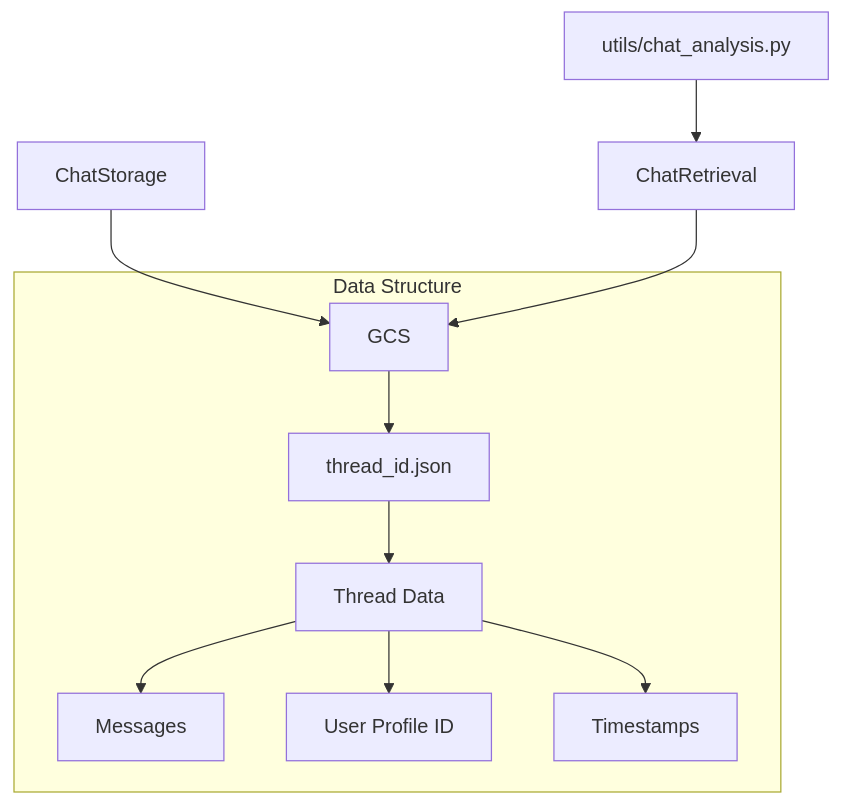
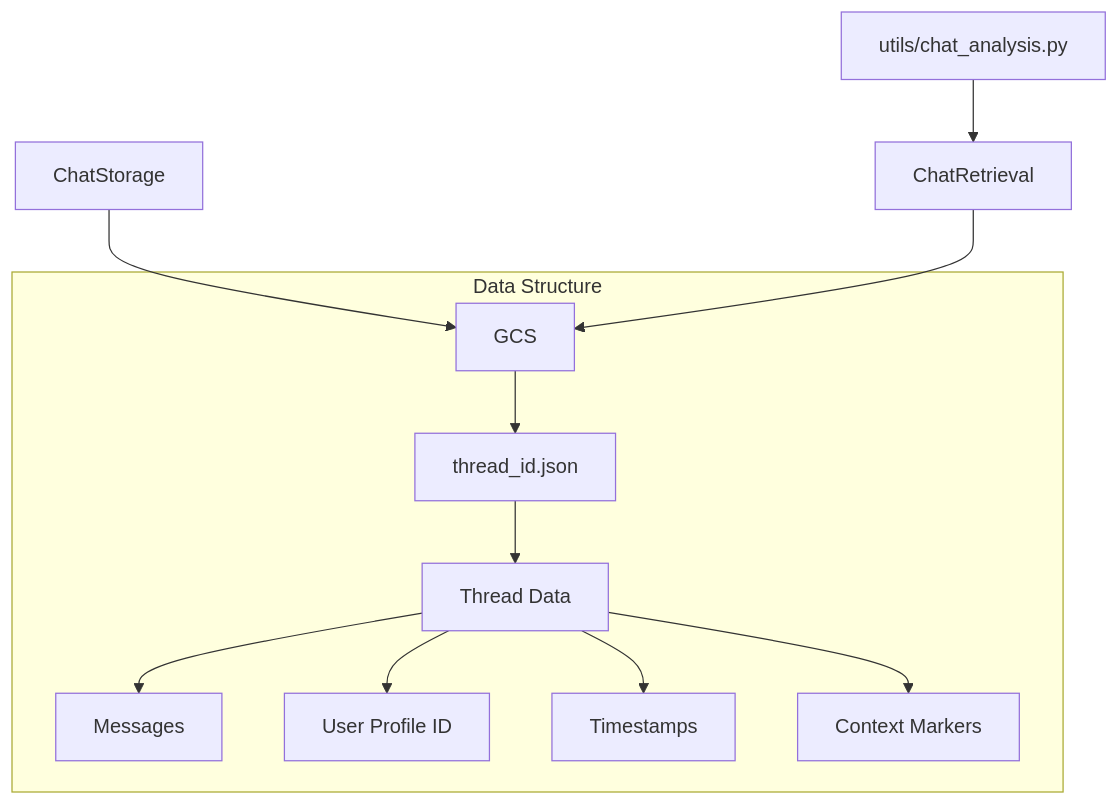
The fifth of 7 diagrams in docs/02-system-architecture.md (dgmulei/obi-slv2), drawn with Mermaid before and after one commit. The commit also changed other lines of this file and 9 other files, not shown here.

````diff
--- a/docs/02-system-architecture.md
+++ b/docs/02-system-architecture.md
@@ -109,14 +152,15 @@
 ```mermaid
 graph TD
     A[ChatStorage] --> B[GCS]
     C[ChatRetrieval] --> B
     D[utils/chat_analysis.py] --> C
     
     subgraph "Data Structure"
         B --> E[thread_id.json]
         E --> F[Thread Data]
         F --> G[Messages]
         F --> H[User Profile ID]
         F --> I[Timestamps]
+        F --> J[Context Markers]
     end
 ```
````
